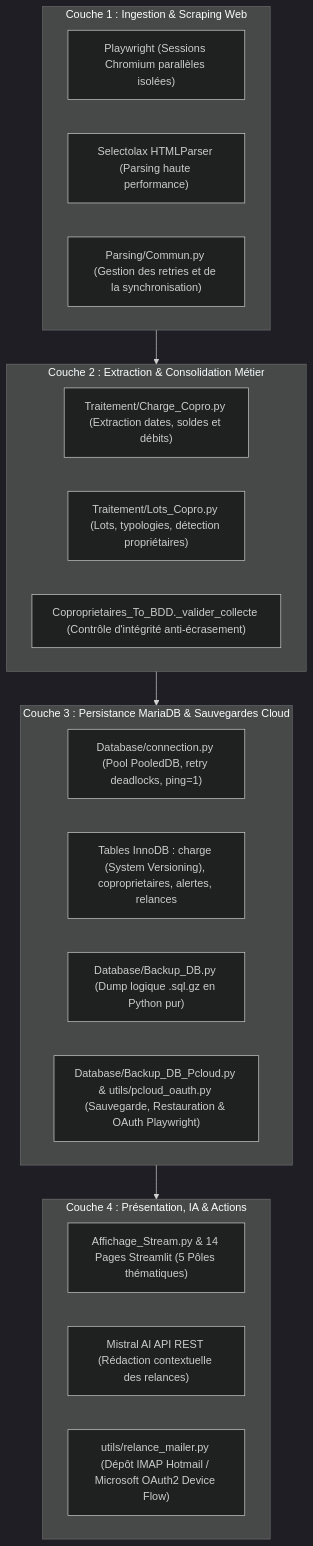
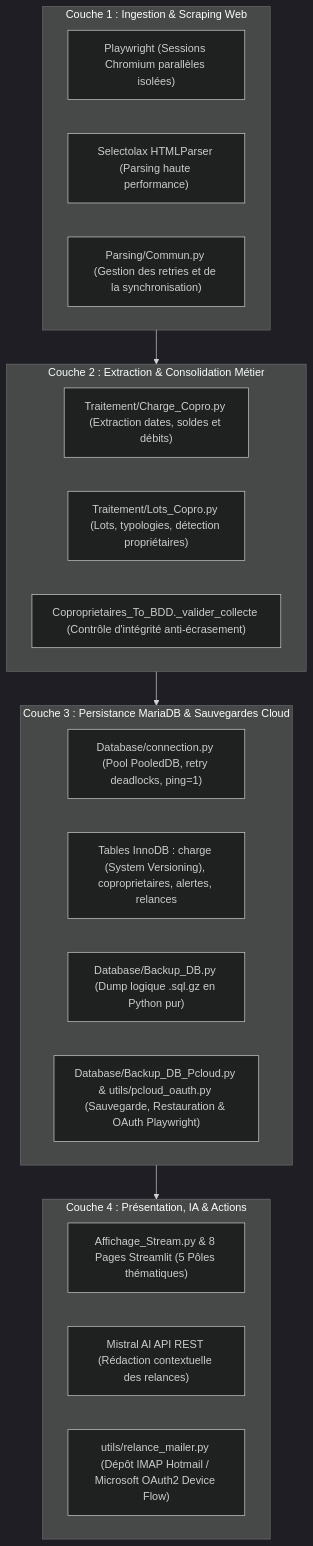
The first of 9 diagrams in reports/call_graph.md (therealcorwin/CPTCOPRO), drawn with Mermaid (dark theme) before and after one commit. The commit also changed other lines of this file and 24 other files, not shown here.

Commit message:
Ajout de tests unitaires pour la syntaxe et la compilation des pages Streamlit, vérification des formats de date, filtrage des sélections de brouillons, et gestion des limites de taux pour la connexion Mistral.

````diff
--- a/reports/call_graph.md
+++ b/reports/call_graph.md
@@ -26,31 +26,31 @@
 ```mermaid
 flowchart TB
     subgraph LAYER1["Couche 1 : Ingestion & Scraping Web"]
         L1_playwright["Playwright (Sessions Chromium parallèles isolées)"]
         L1_selectolax["Selectolax HTMLParser (Parsing haute performance)"]
         L1_commun["Parsing/Commun.py (Gestion des retries et de la synchronisation)"]
     end
 
     subgraph LAYER2["Couche 2 : Extraction & Consolidation Métier"]
         L2_charge["Traitement/Charge_Copro.py (Extraction dates, soldes et débits)"]
         L2_lots["Traitement/Lots_Copro.py (Lots, typologies, détection propriétaires)"]
         L2_val["Coproprietaires_To_BDD._valider_collecte (Contrôle d'intégrité anti-écrasement)"]
     end
 
     subgraph LAYER3["Couche 3 : Persistance MariaDB & Sauvegardes Cloud"]
         L3_conn["Database/connection.py (Pool PooledDB, retry deadlocks, ping=1)"]
         L3_tables["Tables InnoDB : charge (System Versioning), coproprietaires, alertes, relances"]
         L3_backup["Database/Backup_DB.py (Dump logique .sql.gz en Python pur)"]
         L3_pcloud["Database/Backup_DB_Pcloud.py & utils/pcloud_oauth.py (Sauvegarde, Restauration & OAuth Playwright)"]
     end
 
     subgraph LAYER4["Couche 4 : Présentation, IA & Actions"]
-        L4_st["Affichage_Stream.py & 14 Pages Streamlit (5 Pôles thématiques)"]
+        L4_st["Affichage_Stream.py & 8 Pages Streamlit (5 Pôles thématiques)"]
         L4_ai["Mistral AI API REST (Rédaction contextuelle des relances)"]
         L4_imap["utils/relance_mailer.py (Dépôt IMAP Hotmail / Microsoft OAuth2 Device Flow)"]
     end
 
     LAYER1 --> LAYER2
     LAYER2 --> LAYER3
     LAYER3 --> LAYER4
 ```
````
